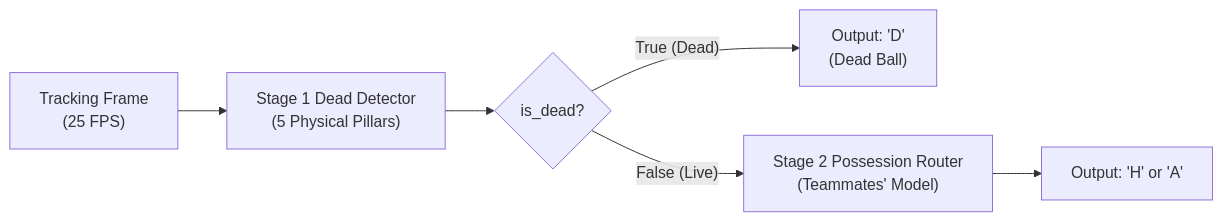
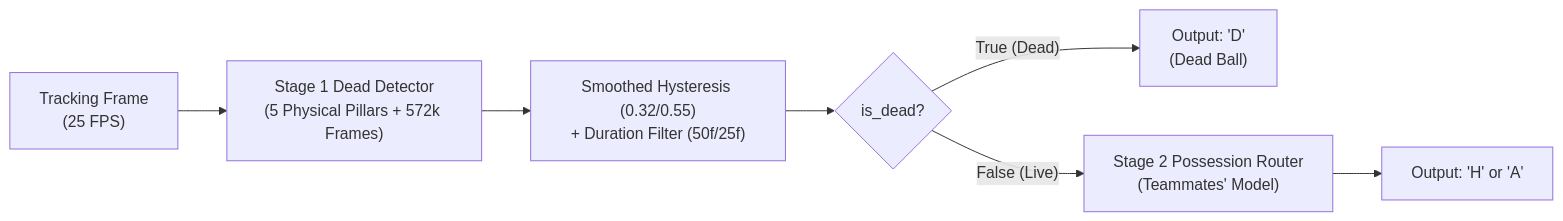
The diagram in starter/stage1_dead_detector/README.md (ZesterJ/more-than-a-hack-2027), drawn with Mermaid before and after one commit. The commit also changed other lines of this file and 10 other files, not shown here.

Commit message:
feat(stage1): combine SkillCorner + IDSSE (clean & 41% gap-masked) + smoothed hysteresis decoder

````diff
--- a/starter/stage1_dead_detector/README.md
+++ b/starter/stage1_dead_detector/README.md
@@ -12,8 +12,9 @@
 ```mermaid
 flowchart LR
-    A["Tracking Frame<br/>(25 FPS)"] --> B["Stage 1 Dead Detector<br/>(5 Physical Pillars)"]
-    B --> C{"is_dead?"}
-    C -- "True (Dead)" --> D["Output: 'D'<br/>(Dead Ball)"]
-    C -- "False (Live)" --> E["Stage 2 Possession Router<br/>(Teammates' Model)"]
-    E --> F["Output: 'H' or 'A'"]
+    A["Tracking Frame<br/>(25 FPS)"] --> B["Stage 1 Dead Detector<br/>(5 Physical Pillars + 572k Frames)"]
+    B --> C["Smoothed Hysteresis (0.32/0.55)<br/>+ Duration Filter (50f/25f)"]
+    C --> D{"is_dead?"}
+    D -- "True (Dead)" --> E["Output: 'D'<br/>(Dead Ball)"]
+    D -- "False (Live)" --> F["Stage 2 Possession Router<br/>(Teammates' Model)"]
+    F --> G["Output: 'H' or 'A'"]
 ```
````
